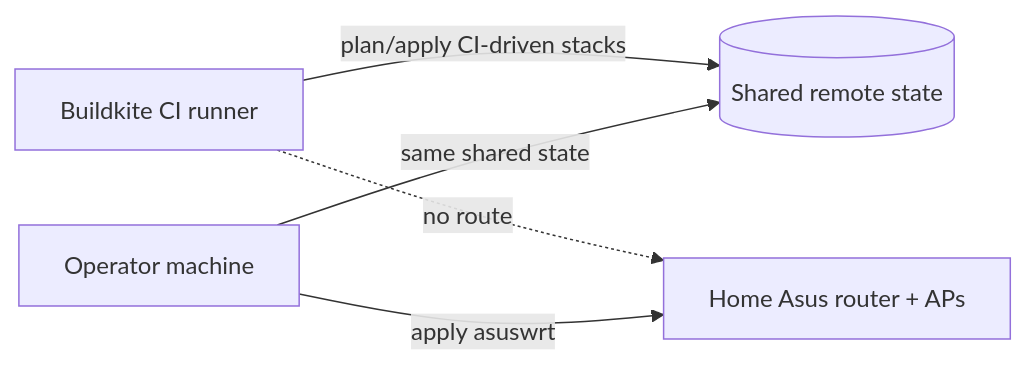
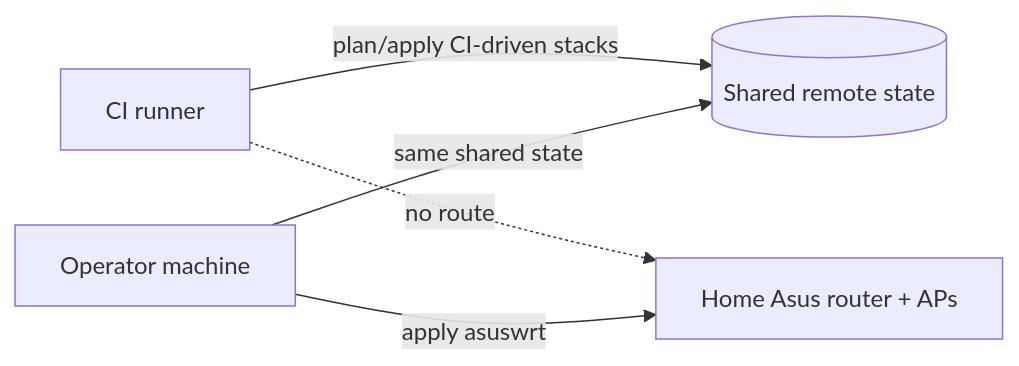
Before and after one commit to shepherdjerred/monorepo: the diagram in packages/docs/wiki/src/content/docs/explanation/homelab/asuswrt-local-apply.md, drawn with Mermaid. The commit also changed other lines of this file and 52 other files, not shown here.

````diff
--- a/packages/docs/wiki/src/content/docs/explanation/homelab/asuswrt-local-apply.md
+++ b/packages/docs/wiki/src/content/docs/explanation/homelab/asuswrt-local-apply.md
@@ -15,15 +15,15 @@
 ```mermaid
 flowchart LR
     accTitle: Where the asuswrt stack is applied versus the CI-driven Tofu stacks
     accDescr: CI applies the CI-driven Tofu stacks to the shared remote state but has no route to the home LAN devices; an operator machine that can reach both the LAN and the state backend applies the asuswrt stack to the same shared state.
 
-    ci[Buildkite CI runner]
+    ci[CI runner]
     state[(Shared remote state)]
     router[Home Asus router + APs]
     operator[Operator machine]
 
     ci -->|plan/apply CI-driven stacks| state
     ci -.->|no route| router
     operator -->|apply asuswrt| router
     operator -->|same shared state| state
 ```
````
